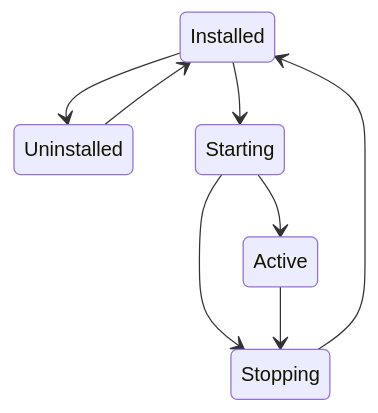
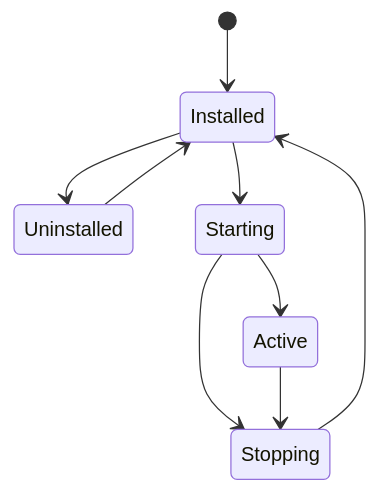
One commit to BlackBeltTechnology/pandino changed the first of 2 diagrams in README.md. Above: the diagram before and after it, drawn with Mermaid. The commit also changed other lines of this file and 9 other files, not shown here.

````diff
--- a/README.md
+++ b/README.md
@@ -71,12 +54,12 @@
 ```mermaid
 stateDiagram-v2
 
+[*] --> Installed
 Installed --> Uninstalled
 Uninstalled --> Installed
 Installed --> Starting
 Starting --> Stopping
 Starting --> Active
 Active --> Stopping
 Stopping --> Installed
-
 ```
````
